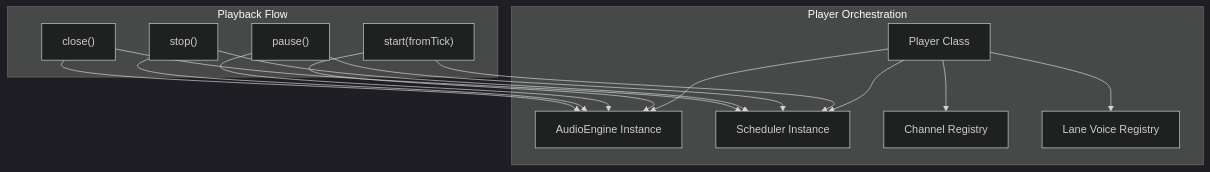
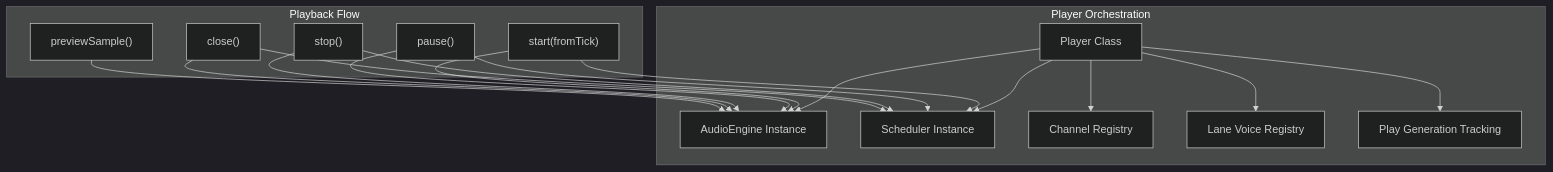
The sixth of 12 diagrams in .qoder/repowiki/en/content/Audio Engine/Audio Engine.md (satyrlord/mixjam-electron), drawn with Mermaid (dark theme) before and after one commit. The commit also changed other lines of this file and 7 other files, not shown here.

````diff
--- a/.qoder/repowiki/en/content/Audio Engine/Audio Engine.md
+++ b/.qoder/repowiki/en/content/Audio Engine/Audio Engine.md
@@ -305,28 +325,32 @@
 ```mermaid
 graph TB
 subgraph "Player Orchestration"
 A["Player Class"]
 B["AudioEngine Instance"]
 C["Scheduler Instance"]
 D["Channel Registry"]
 E["Lane Voice Registry"]
+F["Play Generation Tracking"]
 end
 subgraph "Playback Flow"
-F["start(fromTick)"]
-G["pause()"]
-H["stop()"]
-I["close()"]
+G["start(fromTick)"]
+H["pause()"]
+I["stop()"]
+J["close()"]
+K["previewSample()"]
 end
 A --> B
 A --> C
 A --> D
 A --> E
-F --> C
-F --> B
+A --> F
 G --> C
 G --> B
 H --> C
 H --> B
 I --> C
 I --> B
+J --> C
+J --> B
+K --> B
 ```
````
